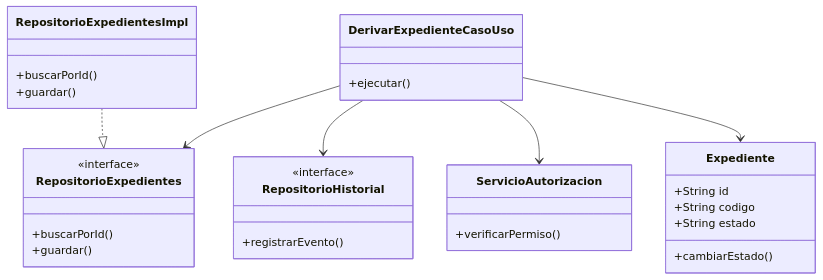
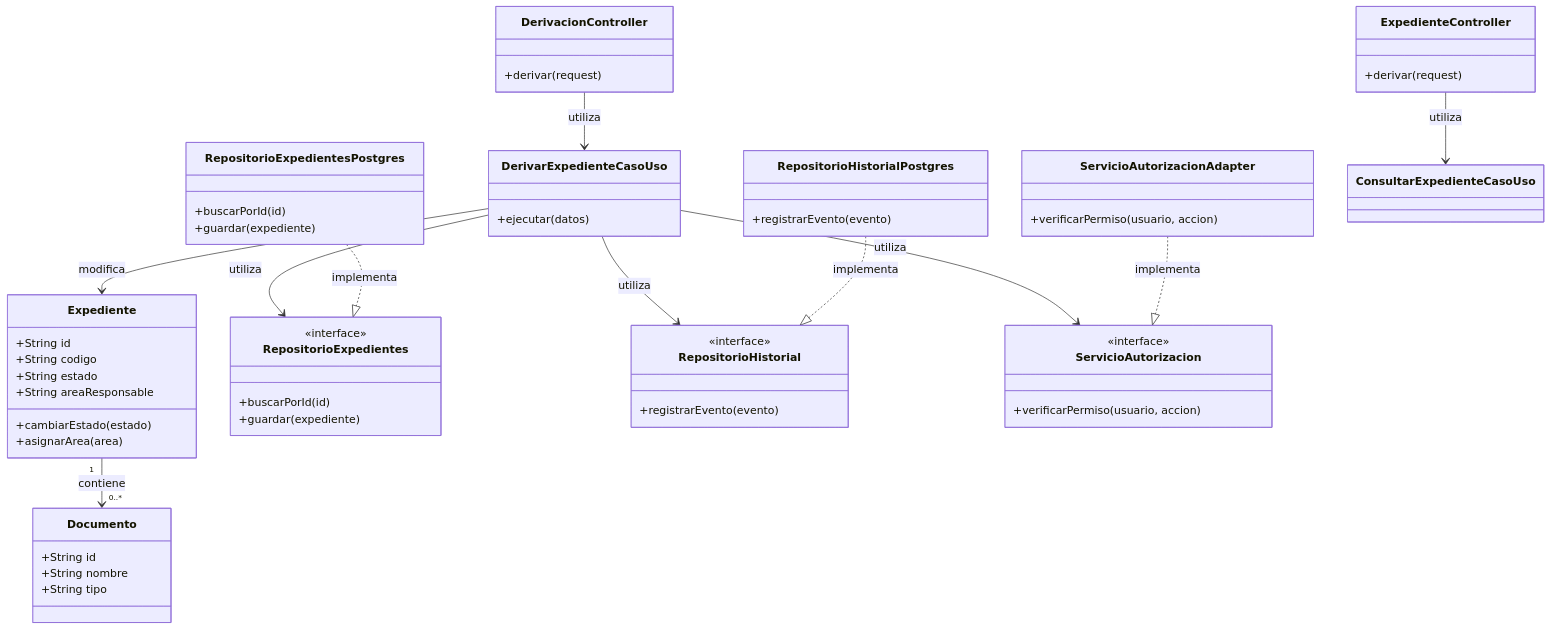
Before and after one commit to Yunfer2000/MesaPartes-arquitSoft: the first of 2 diagrams in docs/04-modelo-c4/Nivel4-Diagrama-de-Codigo.md, drawn with Mermaid. The commit also changed other lines of this file, not shown here.

Commit message:
docs: ampliar diagrama C4 nivel 4 de codigo

````diff
--- a/docs/04-modelo-c4/Nivel4-Diagrama-de-Codigo.md
+++ b/docs/04-modelo-c4/Nivel4-Diagrama-de-Codigo.md
@@ -20,39 +64,72 @@
 ```mermaid
 classDiagram
+    class ExpedienteController {
+        +derivar(request)
+    }
+
+    class DerivacionController {
+        +derivar(request)
+    }
+
+    class DerivarExpedienteCasoUso {
+        +ejecutar(datos)
+    }
+
     class Expediente {
         +String id
         +String codigo
         +String estado
-        +cambiarEstado()
+        +String areaResponsable
+        +cambiarEstado(estado)
+        +asignarArea(area)
     }
 
-    class DerivarExpedienteCasoUso {
-        +ejecutar()
+    class Documento {
+        +String id
+        +String nombre
+        +String tipo
     }
 
     class RepositorioExpedientes {
         <<interface>>
-        +buscarPorId()
-        +guardar()
+        +buscarPorId(id)
+        +guardar(expediente)
     }
 
     class RepositorioHistorial {
         <<interface>>
-        +registrarEvento()
+        +registrarEvento(evento)
     }
 
     class ServicioAutorizacion {
-        +verificarPermiso()
+        <<interface>>
+        +verificarPermiso(usuario, accion)
     }
 
-    class RepositorioExpedientesImpl {
-        +buscarPorId()
-        +guardar()
+    class RepositorioExpedientesPostgres {
+        +buscarPorId(id)
+        +guardar(expediente)
     }
 
-    DerivarExpedienteCasoUso --> RepositorioExpedientes
-    DerivarExpedienteCasoUso --> RepositorioHistorial
-    DerivarExpedienteCasoUso --> ServicioAutorizacion
-    DerivarExpedienteCasoUso --> Expediente
-    RepositorioExpedientesImpl ..|> RepositorioExpedientes
+    class RepositorioHistorialPostgres {
+        +registrarEvento(evento)
+    }
+
+    class ServicioAutorizacionAdapter {
+        +verificarPermiso(usuario, accion)
+    }
+
+    Expediente "1" --> "0..*" Documento : contiene
+
+    ExpedienteController --> ConsultarExpedienteCasoUso : utiliza
+    DerivacionController --> DerivarExpedienteCasoUso : utiliza
+
+    DerivarExpedienteCasoUso --> Expediente : modifica
+    DerivarExpedienteCasoUso --> RepositorioExpedientes : utiliza
+    DerivarExpedienteCasoUso --> RepositorioHistorial : utiliza
+    DerivarExpedienteCasoUso --> ServicioAutorizacion : utiliza
+
+    RepositorioExpedientesPostgres ..|> RepositorioExpedientes : implementa
+    RepositorioHistorialPostgres ..|> RepositorioHistorial : implementa
+    ServicioAutorizacionAdapter ..|> ServicioAutorizacion : implementa
 ```
````
